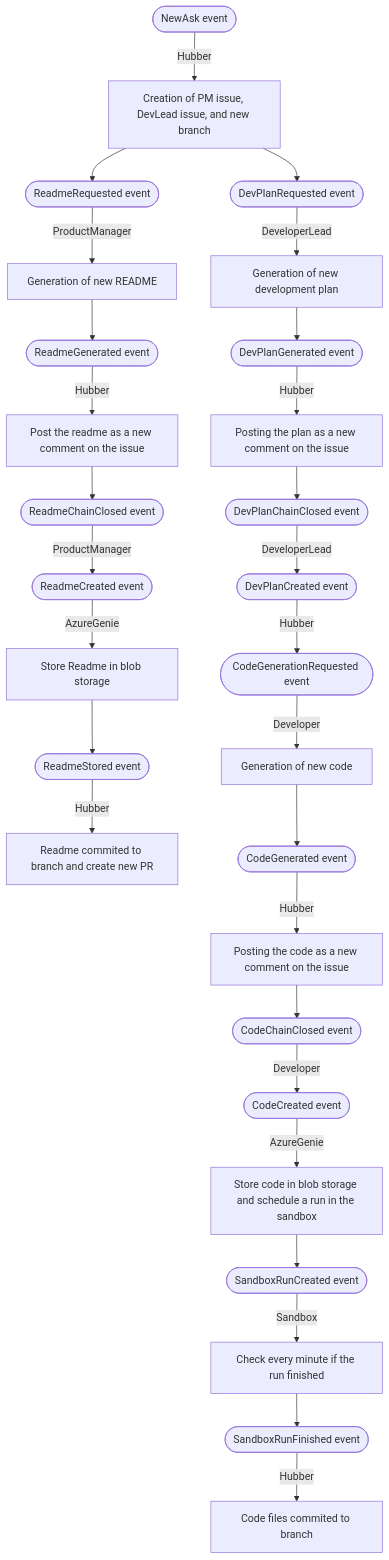
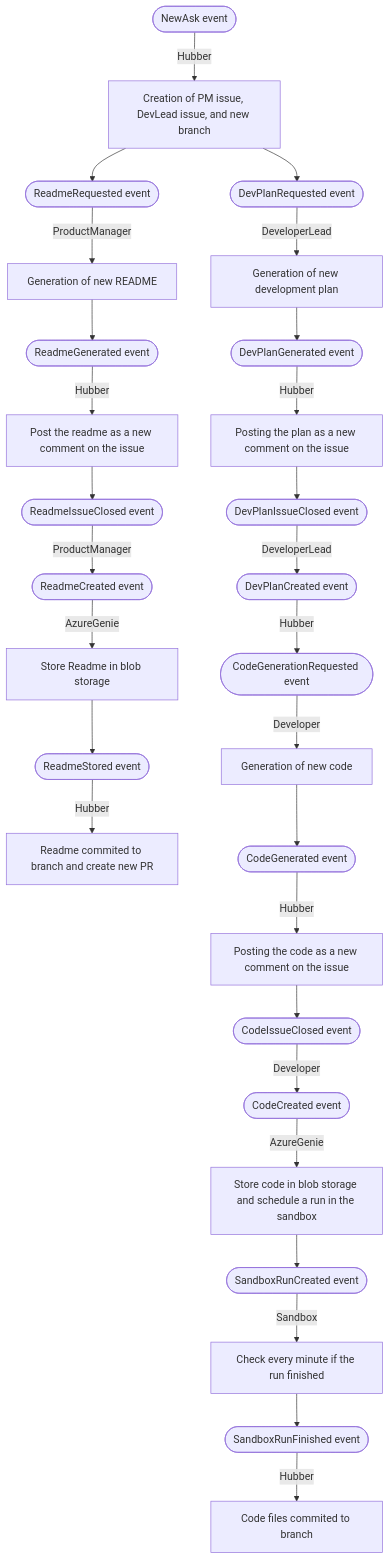
One commit to Software-Hardware-Systems/autogen changed the diagram in dotnet/samples/dev-team/README.md. Above: the diagram before and after it, drawn with Mermaid. The commit also changed other lines of this file and 30 other files, not shown here.

````diff
--- a/dotnet/samples/dev-team/README.md
+++ b/dotnet/samples/dev-team/README.md
@@ -37,33 +103,33 @@
 ```mermaid
 graph TD;
     NEA([NewAsk event]) -->|Hubber| NEA1[Creation of PM issue, DevLead issue, and new branch];
     
     RR([ReadmeRequested event]) -->|ProductManager| PM1[Generation of new README];
     NEA1 --> RR;
     PM1 --> RG([ReadmeGenerated event]);
     RG -->|Hubber| RC[Post the readme as a new comment on the issue];
-    RC --> RCC([ReadmeChainClosed event]);
+    RC --> RCC([ReadmeIssueClosed event]);
     RCC -->|ProductManager| RCR([ReadmeCreated event]);
     RCR --> |AzureGenie| RES[Store Readme in blob storage];
     RES --> RES2([ReadmeStored event]);
     RES2 --> |Hubber| REC[Readme commited to branch and create new PR];
 
     DPR([DevPlanRequested event]) -->|DeveloperLead| DPG[Generation of new development plan];
     NEA1 --> DPR;
     DPG --> DPGE([DevPlanGenerated event]);
     DPGE -->|Hubber| DPGEC[Posting the plan as a new comment on the issue];
-    DPGEC --> DPCC([DevPlanChainClosed event]);
+    DPGEC --> DPCC([DevPlanIssueClosed event]);
     DPCC -->|DeveloperLead| DPCE([DevPlanCreated event]);
     DPCE --> |Hubber| DPC[Creates a Dev issue for each subtask];
 
     DPC([CodeGenerationRequested event]) -->|Developer| CG[Generation of new code];
     CG --> CGE([CodeGenerated event]);
     CGE -->|Hubber| CGC[Posting the code as a new comment on the issue];
-    CGC --> CCCE([CodeChainClosed event]);
+    CGC --> CCCE([CodeIssueClosed event]);
     CCCE -->|Developer| CCE([CodeCreated event]);
     CCE --> |AzureGenie| CS[Store code in blob storage and schedule a run in the sandbox];
     CS --> SRC([SandboxRunCreated event]);
     SRC --> |Sandbox| SRM[Check every minute if the run finished];
     SRM --> SRF([SandboxRunFinished event]);
     SRF --> |Hubber| SRCC[Code files commited to branch];
 ```
````
